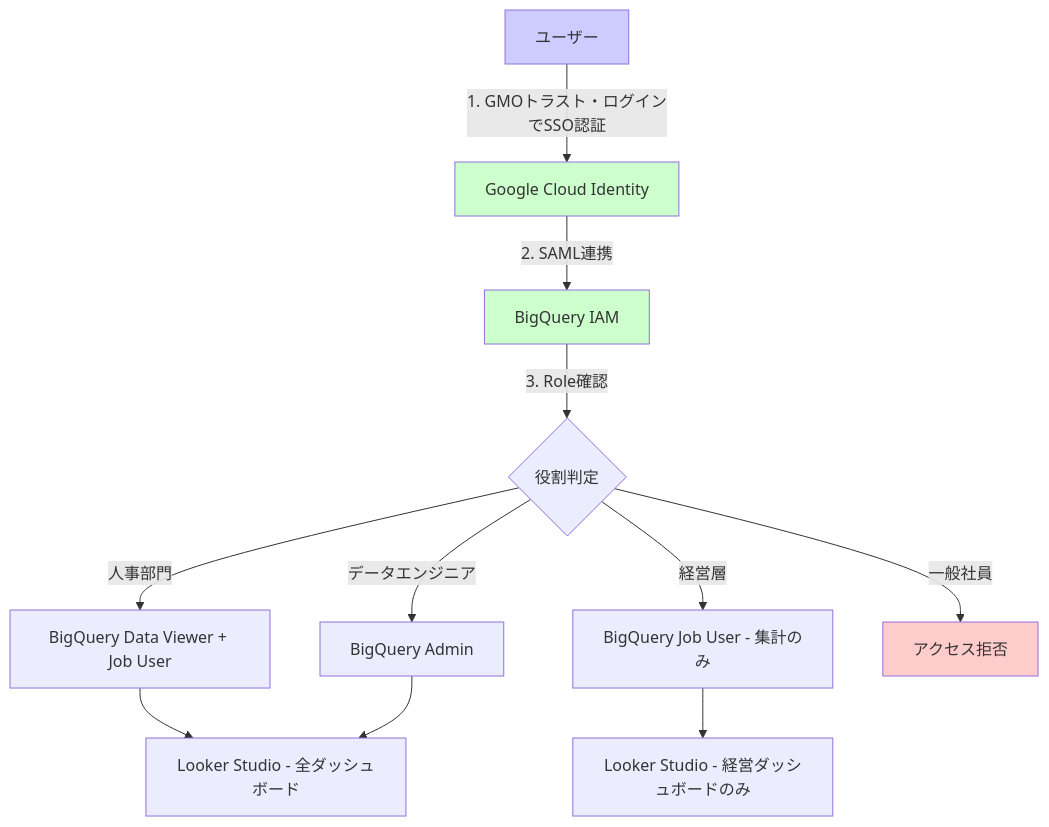
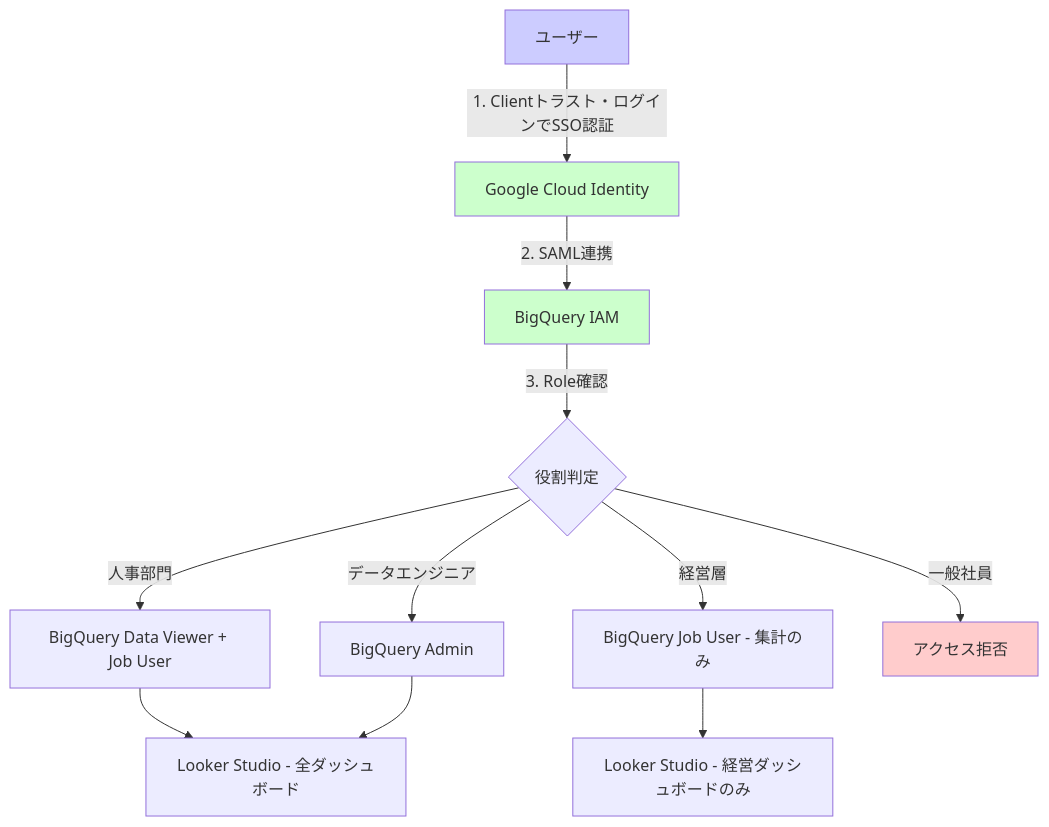
The second of 3 diagrams in output/04_security_design.md (akira882/GoogleForms-MicrosoftForm_Integration_Project), drawn with Mermaid before and after one commit. The commit also changed other lines of this file and 19 other files, not shown here.

````diff
--- a/output/04_security_design.md
+++ b/output/04_security_design.md
@@ -198,20 +198,20 @@
 ```mermaid
 graph TD
-    A[ユーザー] -->|1. GMOトラスト・ログインでSSO認証| B[Google Cloud Identity]
+    A[ユーザー] -->|1. Clientトラスト・ログインでSSO認証| B[Google Cloud Identity]
     B -->|2. SAML連携| C[BigQuery IAM]
     C -->|3. Role確認| D{役割判定}
     
     D -->|人事部門| E[BigQuery Data Viewer + Job User]
     D -->|データエンジニア| F[BigQuery Admin]
     D -->|経営層| G[BigQuery Job User - 集計のみ]
     D -->|一般社員| H[アクセス拒否]
     
     E --> I[Looker Studio - 全ダッシュボード]
     F --> I
     G --> J[Looker Studio - 経営ダッシュボードのみ]
     
     style A fill:#ccccff
     style B fill:#ccffcc
     style C fill:#ccffcc
     style H fill:#ffcccc
 ```
````
